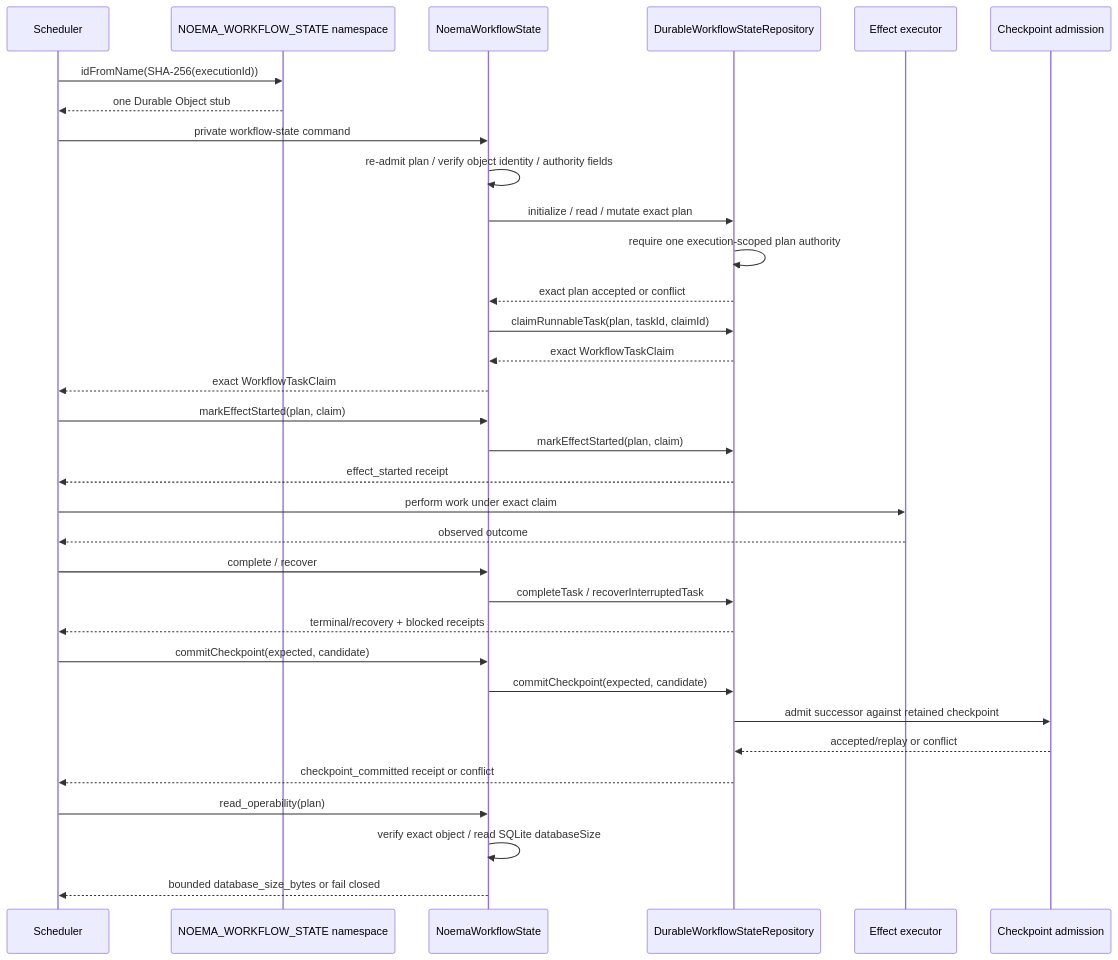
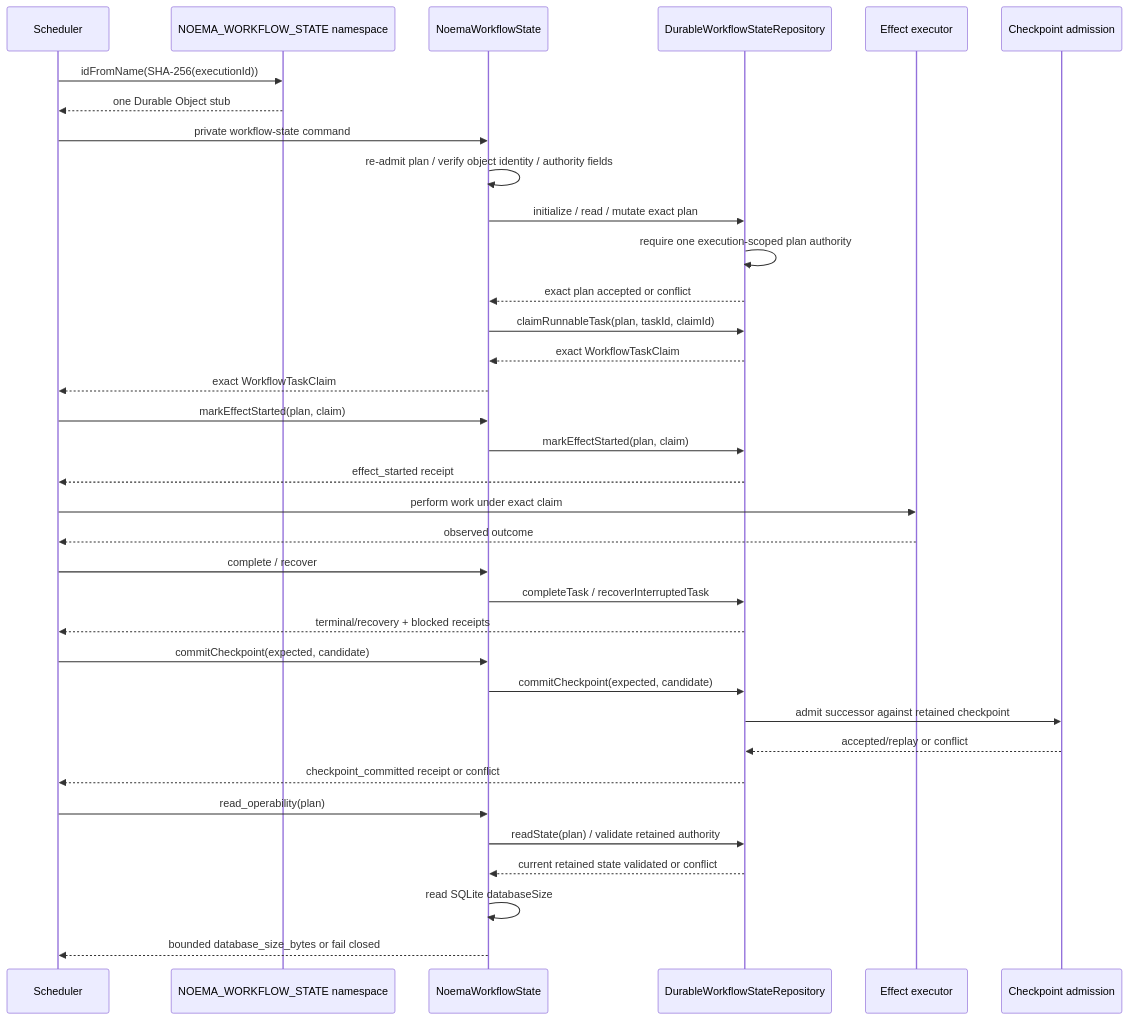
The diagram in docs/adr/0013-durable-workflow-execution-authority.md (ContextualWisdomLab/noema), drawn with Mermaid before and after one commit. The commit also changed other lines of this file, not shown here.

Commit message:
docs(workflow-state): align operability authority validation

````diff
--- a/docs/adr/0013-durable-workflow-execution-authority.md
+++ b/docs/adr/0013-durable-workflow-execution-authority.md
@@ -79,36 +79,38 @@
 ```mermaid
 sequenceDiagram
     participant S as Scheduler
     participant N as NOEMA_WORKFLOW_STATE namespace
     participant O as NoemaWorkflowState
     participant R as DurableWorkflowStateRepository
     participant E as Effect executor
     participant C as Checkpoint admission
 
     S->>N: idFromName(SHA-256(executionId))
     N-->>S: one Durable Object stub
     S->>O: private workflow-state command
     O->>O: re-admit plan / verify object identity / authority fields
     O->>R: initialize / read / mutate exact plan
     R->>R: require one execution-scoped plan authority
     R-->>O: exact plan accepted or conflict
     O->>R: claimRunnableTask(plan, taskId, claimId)
     R-->>O: exact WorkflowTaskClaim
     O-->>S: exact WorkflowTaskClaim
     S->>O: markEffectStarted(plan, claim)
     O->>R: markEffectStarted(plan, claim)
     R-->>S: effect_started receipt
     S->>E: perform work under exact claim
     E-->>S: observed outcome
     S->>O: complete / recover
     O->>R: completeTask / recoverInterruptedTask
     R-->>S: terminal/recovery + blocked receipts
     S->>O: commitCheckpoint(expected, candidate)
     O->>R: commitCheckpoint(expected, candidate)
     R->>C: admit successor against retained checkpoint
     C-->>R: accepted/replay or conflict
     R-->>S: checkpoint_committed receipt or conflict
     S->>O: read_operability(plan)
-    O->>O: verify exact object / read SQLite databaseSize
+    O->>R: readState(plan) / validate retained authority
+    R-->>O: current retained state validated or conflict
+    O->>O: read SQLite databaseSize
     O-->>S: bounded database_size_bytes or fail closed
 ```
````
